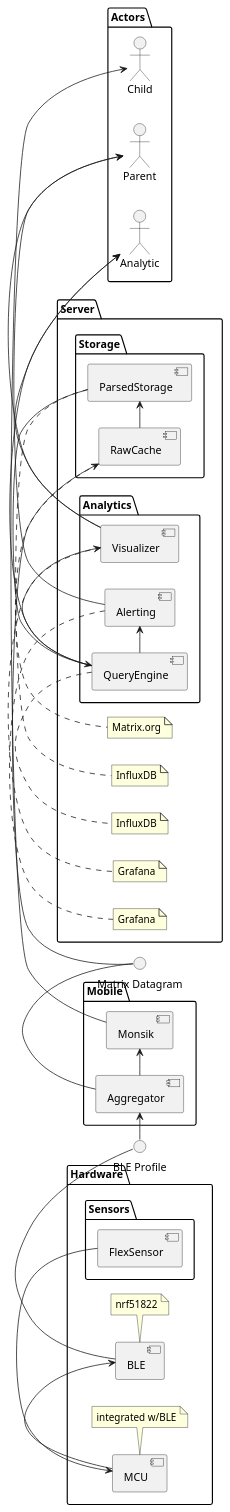
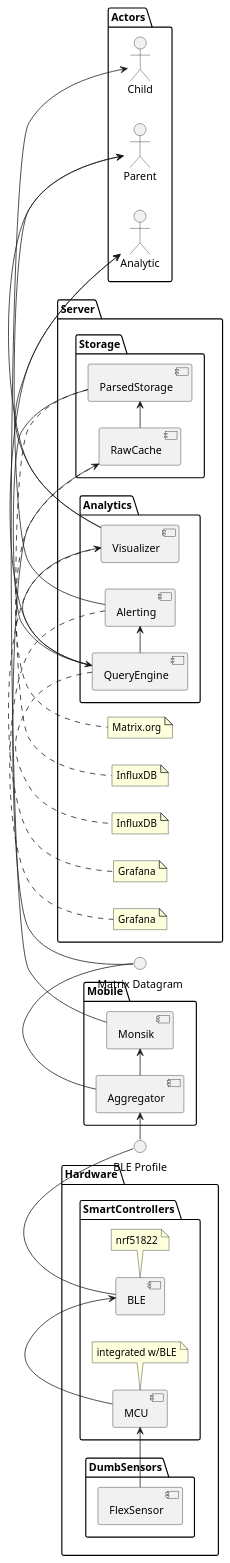
One commit to motorica-org/telemetry-docs changed the diagram in architecture.puml. Above: the diagram before and after it, drawn with PlantUML.

Commit message:
feat(Architecture): Distinction bw Controllers and Sensors ++

```diff
--- a/architecture.puml
+++ b/architecture.puml
@@ -1,60 +1,59 @@
 @startuml
 skinparam componentStyle uml2
 left to right direction
 
 interface "BLE Profile" [[https://github.com/motorica-org/telemetry-docs/wiki/BLE-Profile]]
 interface "Matrix Datagram" [[https://github.com/motorica-org/telemetry-docs/wiki/Matrix-datagram]]
 
 package Hardware {
-    component MCU
-    component BLE
+    package SmartControllers {
+        [MCU] -> [BLE]
+        [BLE] - (BLE Profile)
 
-    package Sensors {
+        note bottom of [MCU]: integrated w/BLE
+        note bottom of [BLE]: nrf51822
+    }
+
+    package DumbSensors {
         [FlexSensor] -> [MCU]
     }
-
-    [MCU] -> [BLE]
-    [BLE] - (BLE Profile)
-
-    note bottom of [MCU]: integrated w/BLE
-    note bottom of [BLE]: nrf51822
 }
 
 package Mobile {
     (BLE Profile) -> [Aggregator]
     [Aggregator] -> [Monsik]
     [Aggregator] - (Matrix Datagram)
 }
 
 package Server {
     package Storage {
         (Matrix Datagram) -> [RawCache]
         [RawCache] -> [ParsedStorage]
     }
     package Analytics {
         [ParsedStorage] -> [QueryEngine]
         [QueryEngine] -> [Visualizer]
         [QueryEngine] -> [Alerting]
     }
 
     note bottom of RawCache: Matrix.org
     note bottom of ParsedStorage: InfluxDB
     note bottom of QueryEngine: InfluxDB
     note bottom of Visualizer: Grafana
     note bottom of Alerting: Grafana
 }
 
 package Actors {
     actor Child
     actor Parent
     actor Analytic
 
     Child <- [Monsik]
 
     Parent <- [Visualizer]
     Parent <- [Alerting]
 
     Analytic <- [QueryEngine]
     Analytic <- [Visualizer]
 }
 @enduml
```
